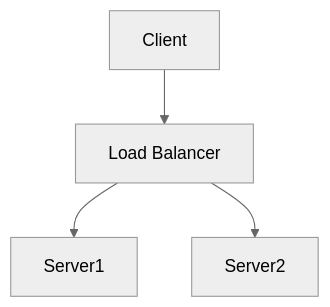
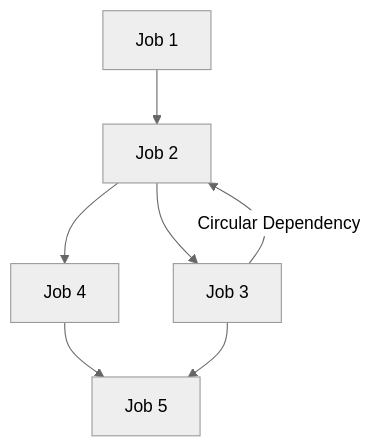
The diagram in example_1.md (sueswe/markdown-w-mermaid), drawn with Mermaid (neutral theme) before and after one commit. The commit also changed other lines of this file and 1 other file, not shown here.

Commit message:
Example 1 extended

```diff
--- a/example_1.md
+++ b/example_1.md
@@ -15,6 +15,9 @@
 <div class="mermaid">
 graph TD 
-A[Client] --> B[Load Balancer] 
-B --> C[Server1] 
-B --> D[Server2]
+A[Job 1] --> B[Job 2] 
+B --> C[Job 3] 
+B --> D[Job 4]
+D --> E[Job 5]
+C --> E
+C --Circular Dependency --> B
 </div>
```
